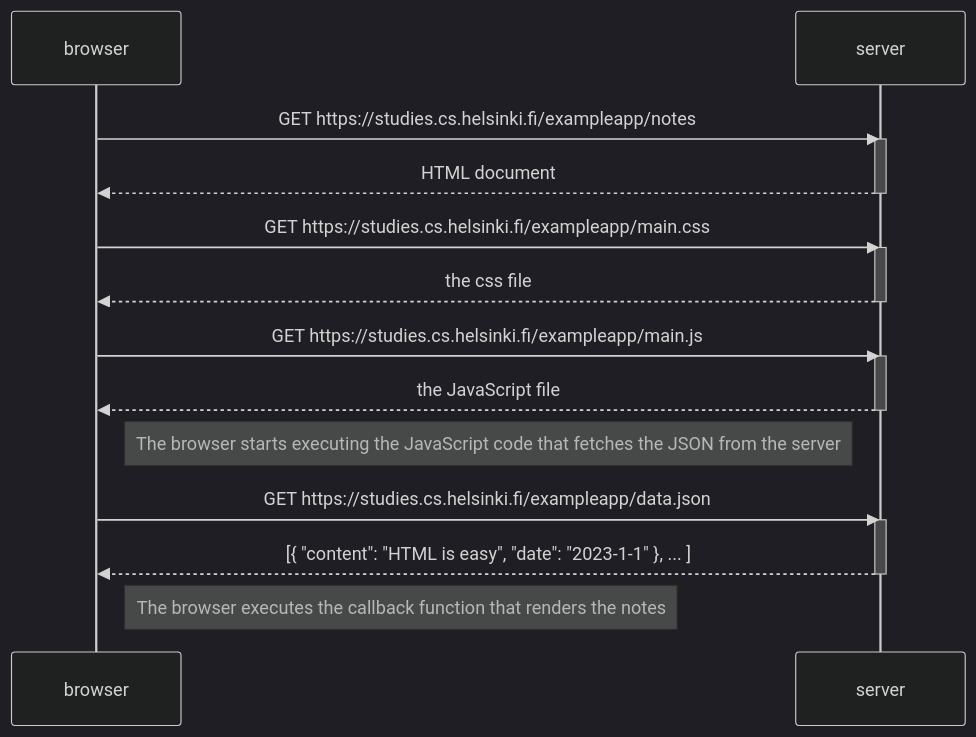
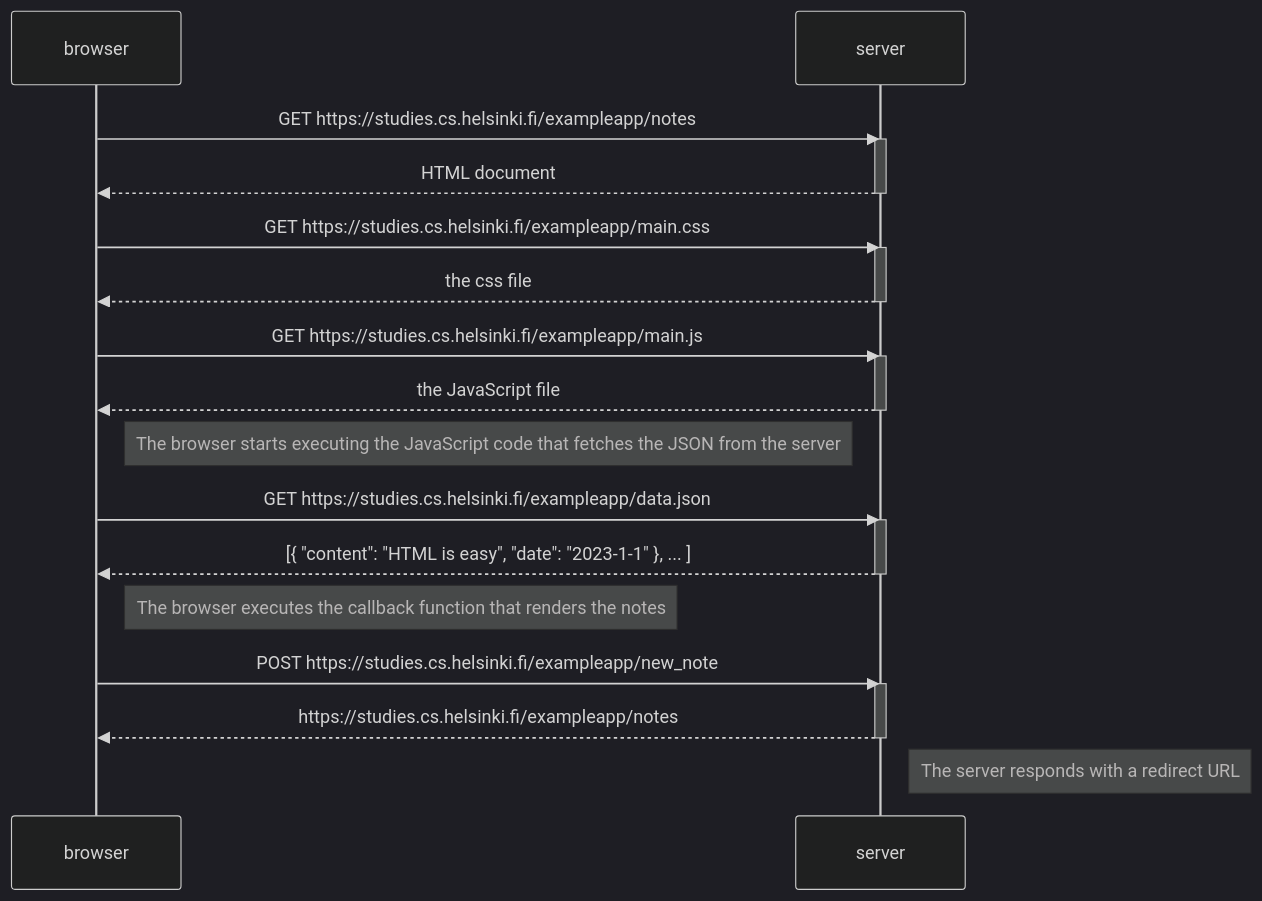
Before and after one commit to RedericoFocco/FullStackOpenCourse: the diagram in Part0/0.4.md, drawn with Mermaid (dark theme).

````diff
--- a/Part0/0.4.md
+++ b/Part0/0.4.md
@@ -1,21 +1,26 @@
 ```mermaid
 sequenceDiagram
     browser->>server: GET https://studies.cs.helsinki.fi/exampleapp/notes
     activate server
     server-->>browser: HTML document
     deactivate server
     browser->>server: GET https://studies.cs.helsinki.fi/exampleapp/main.css
     activate server
     server-->>browser: the css file
     deactivate server
     browser->>server: GET https://studies.cs.helsinki.fi/exampleapp/main.js
     activate server
     server-->>browser: the JavaScript file
     deactivate server
     Note right of browser: The browser starts executing the JavaScript code that fetches the JSON from the server
     browser->>server: GET https://studies.cs.helsinki.fi/exampleapp/data.json
     activate server
     server-->>browser: [{ "content": "HTML is easy", "date": "2023-1-1" }, ... ]
     deactivate server
     Note right of browser: The browser executes the callback function that renders the notes
+    browser->>server: POST https://studies.cs.helsinki.fi/exampleapp/new_note
+    activate server
+    server-->>browser: https://studies.cs.helsinki.fi/exampleapp/notes
+    deactivate server
+    Note right of server: The server responds with a redirect URL
 ```
````
